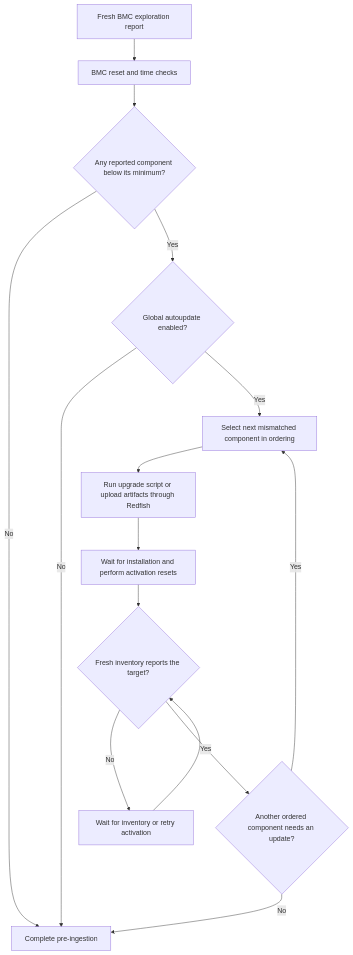
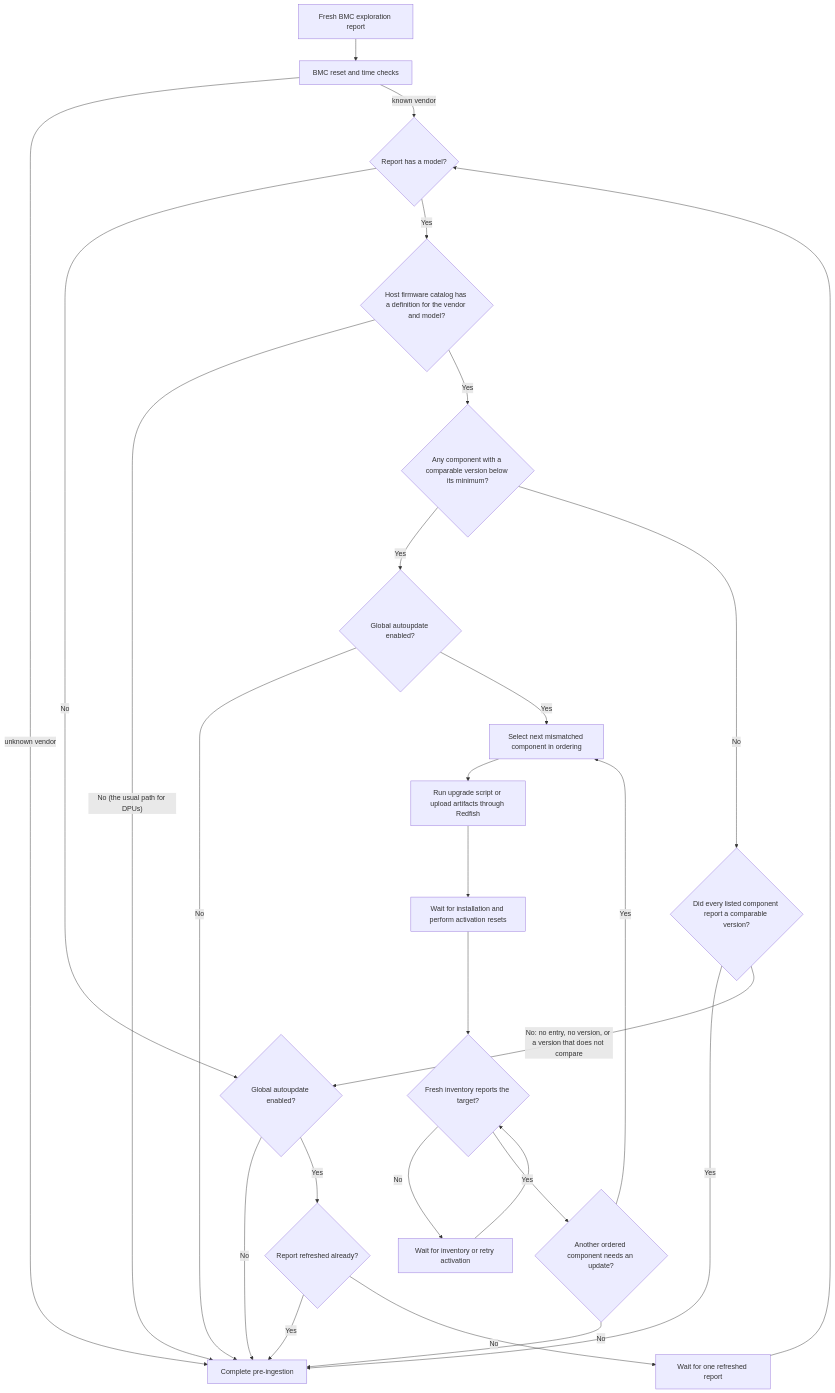
The diagram in docs/operations/firmware-updates/pre-ingestion.md (dsx-ai-factory/infra-controller), drawn with Mermaid before and after one commit. The commit also changed other lines of this file and 4 other files, not shown here.

````diff
--- a/docs/operations/firmware-updates/pre-ingestion.md
+++ b/docs/operations/firmware-updates/pre-ingestion.md
@@ -94,17 +102,29 @@
 ```mermaid
 flowchart TD
     A["Fresh BMC exploration report"] --> B["BMC reset and time checks"]
-    B --> C{"Any reported component below its minimum?"}
-    C -- No --> J["Complete pre-ingestion"]
+    B -- "unknown vendor" --> J["Complete pre-ingestion"]
+    B -- "known vendor" --> B1{"Report has a model?"}
+    B1 -- No --> A1{"Global autoupdate enabled?"}
+    A1 -- No --> J
+    A1 -- Yes --> R1{"Report refreshed already?"}
+    R1 -- Yes --> J
+    R1 -- No --> R["Wait for one refreshed report"]
+    R --> B1
+    B1 -- Yes --> B2{"Host firmware catalog has a definition for the vendor and model?"}
+    B2 -- "No (the usual path for DPUs)" --> J
+    B2 -- Yes --> C{"Any component with a comparable version below its minimum?"}
     C -- Yes --> D{"Global autoupdate enabled?"}
+    C -- No --> C1{"Did every listed component report a comparable version?"}
+    C1 -- Yes --> J
+    C1 -- "No: no entry, no version, or a version that does not compare" --> A1
     D -- No --> J
     D -- Yes --> E["Select next mismatched component in ordering"]
     E --> F["Run upgrade script or upload artifacts through Redfish"]
     F --> G["Wait for installation and perform activation resets"]
     G --> H{"Fresh inventory reports the target?"}
     H -- No --> K["Wait for inventory or retry activation"]
     K --> H
     H -- Yes --> I{"Another ordered component needs an update?"}
     I -- Yes --> E
     I -- No --> J
 ```
````
